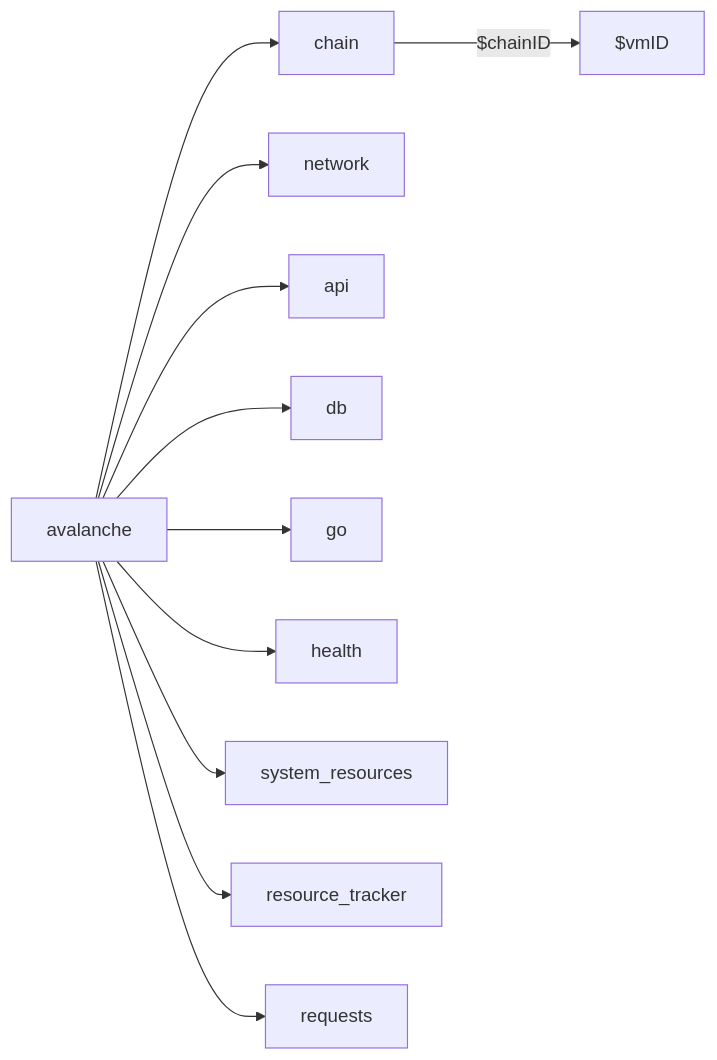
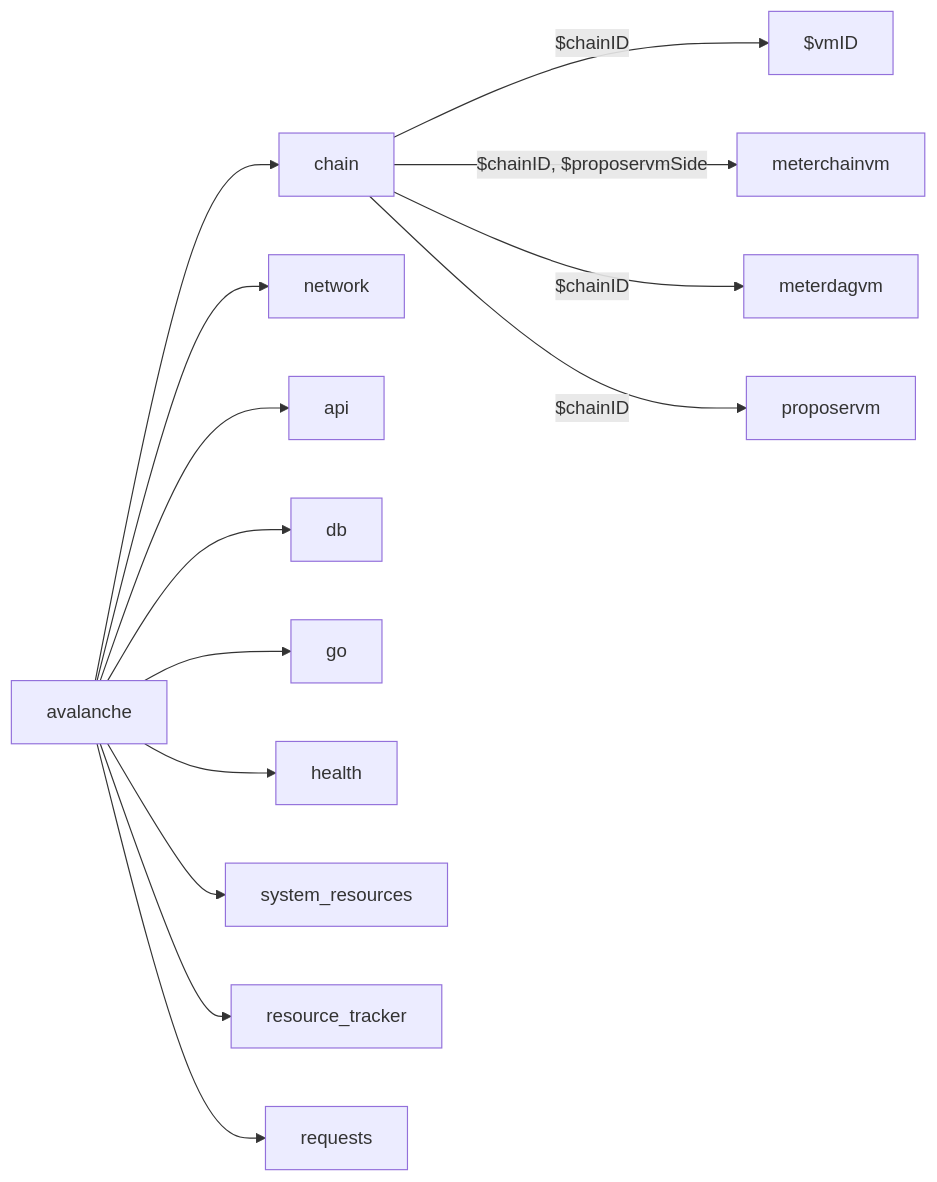
The diagram in api/metrics/README.md (ava-labs/avalanchego), drawn with Mermaid before and after one commit.

````diff
--- a/api/metrics/README.md
+++ b/api/metrics/README.md
@@ -3,13 +3,16 @@
 ```mermaid
 graph LR
     A[avalanche] --> B[chain]
     A --> C[network]
     A --> D[api]
     A --> E[db]
     A --> F[go]
     A --> G[health]
     A --> H[system_resources]
     A --> I[resource_tracker]
     A --> J[requests]
     B -- $chainID --> K[$vmID]
+    B -- $chainID, $proposervmSide --> L[meterchainvm]
+    B -- $chainID --> M[meterdagvm]
+    B -- $chainID --> N[proposervm]
 ```
````
